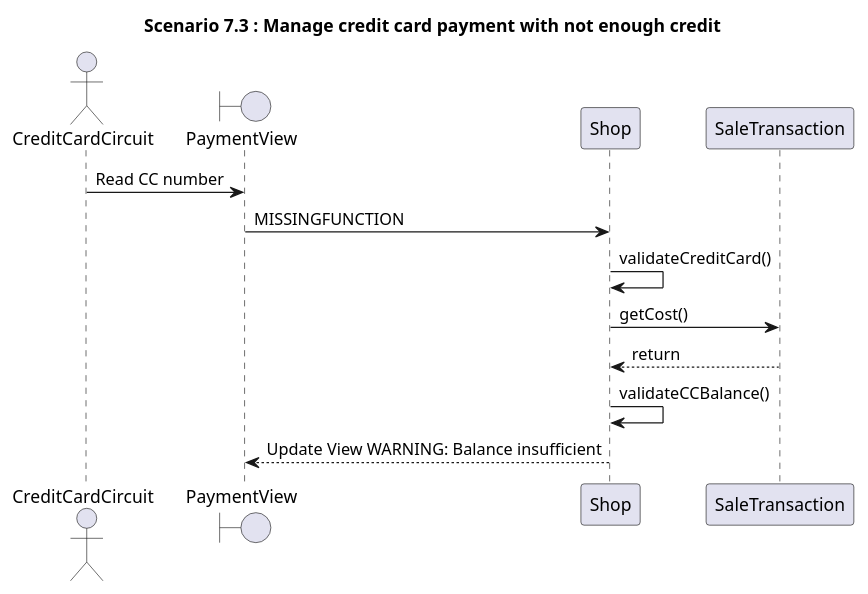
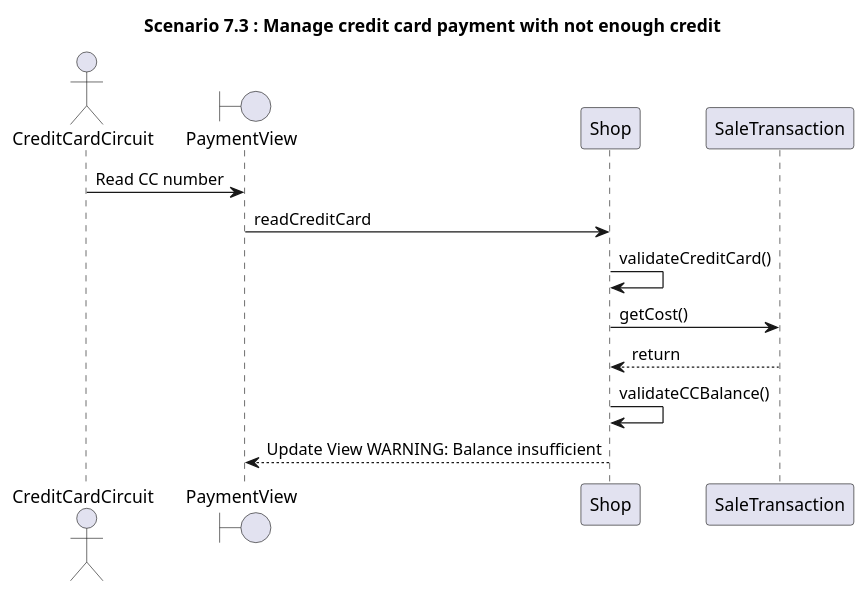
One commit to zitabou/EZShop changed diagram 25 of 31 in Deliverables/DesignDocument.md. Above: the diagram before and after it, drawn with PlantUML. The commit also changed other lines of this file, not shown here.

Commit message:
Adding missing functions for seq diagrams 6.x 7.x

````diff
--- a/Deliverables/DesignDocument.md
+++ b/Deliverables/DesignDocument.md
@@ -922,26 +929,26 @@
 ```plantuml
 title
 **Scenario 7.3** : Manage credit card payment with not enough credit
 end title
 
 'Actors
 actor CreditCardCircuit
 'Boundaries
 boundary PaymentView
 
 ''''
 'Sequence
 '''''
 'Read credit card number
 CreditCardCircuit -> PaymentView: Read CC number
 'MISSINGFUNCTION readCreditCard()
-PaymentView -> Shop : MISSINGFUNCTION
+PaymentView -> Shop : readCreditCard
 'MISSINGFUNCTION validateCreditCard()
 Shop -> Shop: validateCreditCard()
 Shop -> SaleTransaction: getCost()
 SaleTransaction --> Shop: return
 'MISSINGFUNCTION validateCCBalance()
 Shop -> Shop : validateCCBalance()
 Shop --> PaymentView: Update View WARNING: Balance insufficient
 
 ```
````
